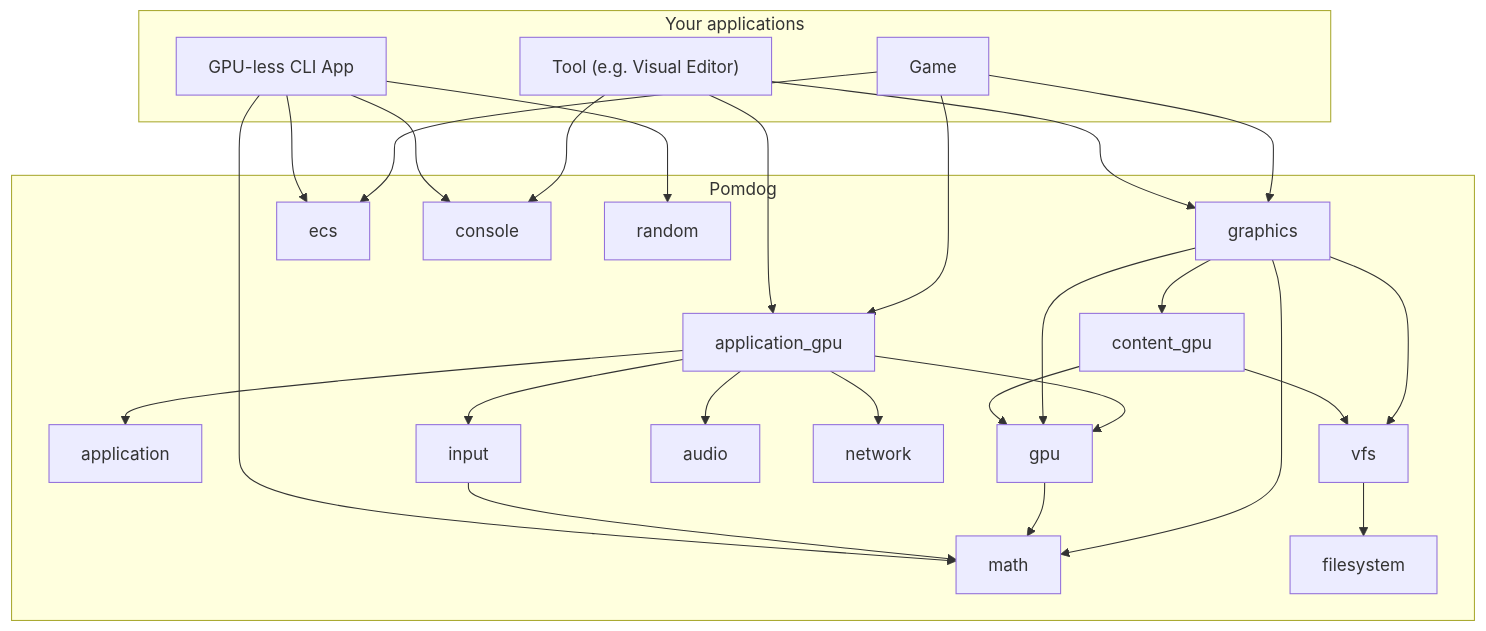
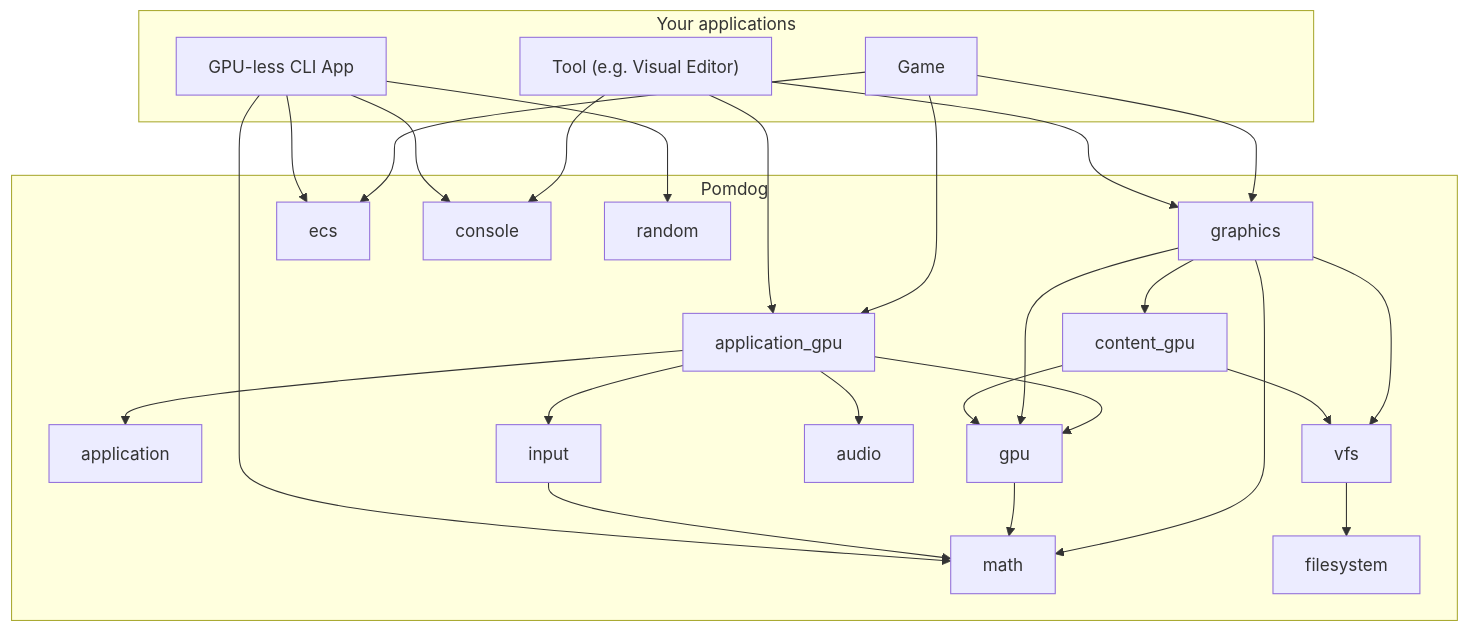
Before and after one commit to mogemimi/pomdog: the diagram in docs/architecture.md, drawn with Mermaid. The commit also changed other lines of this file and 11 other files, not shown here.

````diff
--- a/docs/architecture.md
+++ b/docs/architecture.md
@@ -123,37 +123,36 @@
 ```mermaid
 flowchart TD
     subgraph apps["Your applications"]
         game["Game"]
         tool["Tool (e.g. Visual Editor)"]
         cli["GPU-less CLI App"]
     end
     subgraph engine["Pomdog"]
         host["application_gpu"] --> application["application"]
         host --> gpu["gpu"]
         host --> input["input"]
         host --> audio["audio"]
-        host --> network["network"]
         graphics["graphics"] --> gpu
         graphics --> math["math"]
         graphics --> content["content_gpu"]
         graphics --> vfs["vfs"]
         content --> gpu
         content --> vfs
         vfs --> filesystem["filesystem"]
         gpu --> math
         input --> math
         ecs["ecs"]
         console["console"]
         random["random"]
     end
     game --> host
     game --> graphics
     game --> ecs
     tool --> host
     tool --> graphics
     tool --> console
     cli --> math
     cli --> ecs
     cli --> random
     cli --> console
 ```
````
